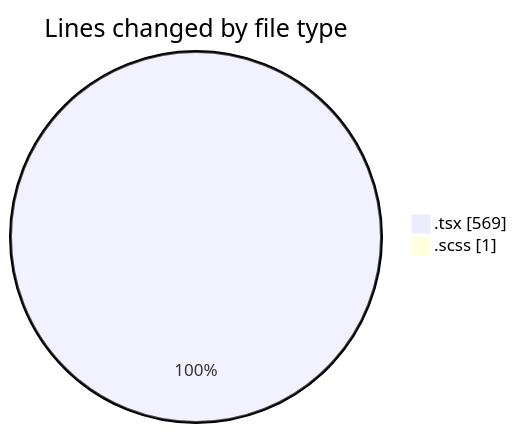
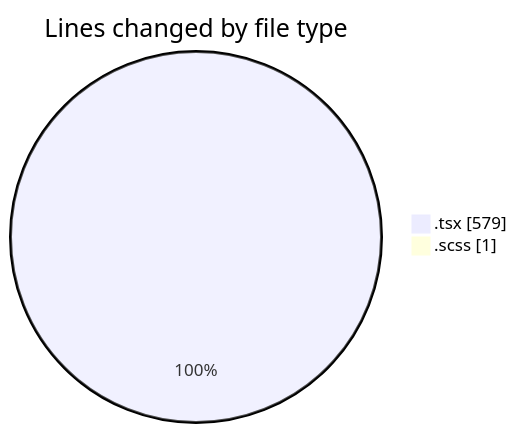
One commit to momahboobian/code-tracking changed the first of 2 diagrams in 2025-03-19/cda/README.md. Above: the diagram before and after it, drawn with Mermaid. The commit also changed other lines of this file and 1 other file, not shown here.

````diff
--- a/2025-03-19/cda/README.md
+++ b/2025-03-19/cda/README.md
@@ -23,6 +23,6 @@
 ```mermaid
 pie showData
 title Lines changed by file type
-".tsx" : 569
+".tsx" : 579
 ".scss" : 1
 ```
````
